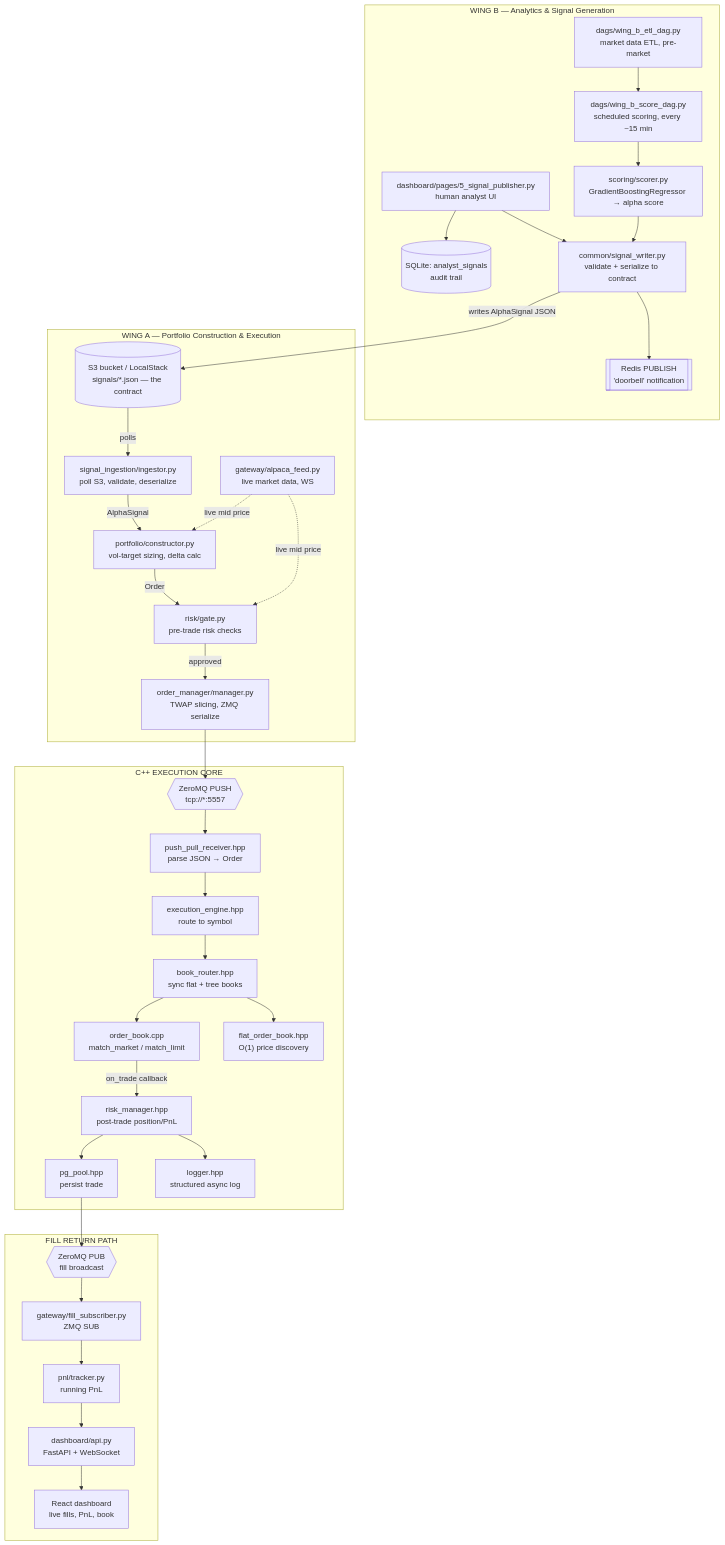
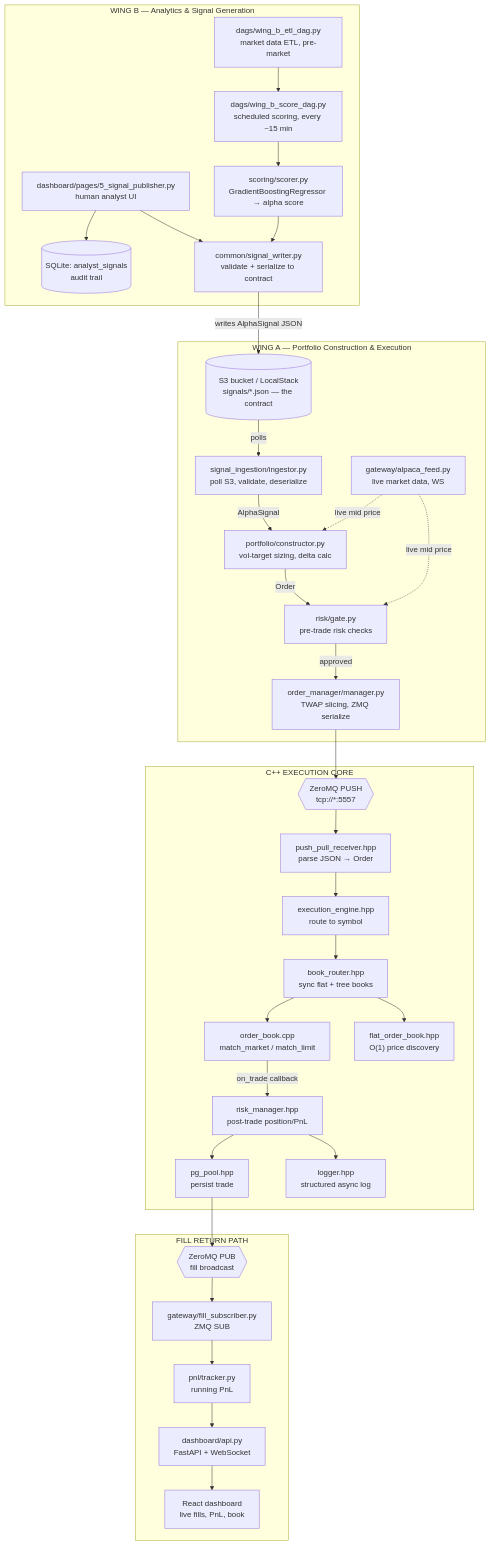
One commit to Hanzecode/Dualis changed the diagram in README.md. Above: the diagram before and after it, drawn with Mermaid.

Commit message:
Remove WRITER to REDIS connection in README
Removed the connection from WRITER to REDIS in the architecture diagram.

````diff
--- a/README.md
+++ b/README.md
@@ -40,70 +40,68 @@
 ```mermaid
 graph TD
     subgraph WingB["WING B — Analytics & Signal Generation"]
         ETL["dags/wing_b_etl_dag.py<br/>market data ETL, pre-market"]
         SCOREDAG["dags/wing_b_score_dag.py<br/>scheduled scoring, every ~15 min"]
         SCORER["scoring/scorer.py<br/>GradientBoostingRegressor → alpha score"]
         ANALYST["dashboard/pages/5_signal_publisher.py<br/>human analyst UI"]
         PGSIG[("SQLite: analyst_signals<br/>audit trail")]
         WRITER["common/signal_writer.py<br/>validate + serialize to contract"]
-        REDIS[["Redis PUBLISH<br/>'doorbell' notification"]]
 
         ETL --> SCOREDAG
         SCOREDAG --> SCORER
         SCORER --> WRITER
         ANALYST --> PGSIG
         ANALYST --> WRITER
-        WRITER --> REDIS
     end
 
     S3[("S3 bucket / LocalStack<br/>signals/*.json — the contract")]
     WRITER -- "writes AlphaSignal JSON" --> S3
 
     subgraph WingA["WING A — Portfolio Construction & Execution"]
         INGEST["signal_ingestion/ingestor.py<br/>poll S3, validate, deserialize"]
         CONSTRUCT["portfolio/constructor.py<br/>vol-target sizing, delta calc"]
         RISK["risk/gate.py<br/>pre-trade risk checks"]
         OM["order_manager/manager.py<br/>TWAP slicing, ZMQ serialize"]
         ALPACA["gateway/alpaca_feed.py<br/>live market data, WS"]
 
         S3 -- "polls" --> INGEST
         ALPACA -. "live mid price" .-> CONSTRUCT
         ALPACA -. "live mid price" .-> RISK
         INGEST -- "AlphaSignal" --> CONSTRUCT
         CONSTRUCT -- "Order" --> RISK
         RISK -- "approved" --> OM
     end
 
     ZMQPUSH{{"ZeroMQ PUSH<br/>tcp://*:5557"}}
     OM --> ZMQPUSH
 
     subgraph CppCore["C++ EXECUTION CORE"]
         RECV["push_pull_receiver.hpp<br/>parse JSON → Order"]
         ENGINE["execution_engine.hpp<br/>route to symbol"]
         ROUTER["book_router.hpp<br/>sync flat + tree books"]
         BOOK["order_book.cpp<br/>match_market / match_limit"]
         FLAT["flat_order_book.hpp<br/>O(1) price discovery"]
         RM["risk_manager.hpp<br/>post-trade position/PnL"]
         PG["pg_pool.hpp<br/>persist trade"]
         LOG["logger.hpp<br/>structured async log"]
 
         ZMQPUSH --> RECV --> ENGINE --> ROUTER
         ROUTER --> BOOK
         ROUTER --> FLAT
         BOOK -- "on_trade callback" --> RM
         RM --> PG
         RM --> LOG
     end
 
     ZMQPUB{{"ZeroMQ PUB<br/>fill broadcast"}}
     PG --> ZMQPUB
 
     subgraph Return["FILL RETURN PATH"]
         FILLSUB["gateway/fill_subscriber.py<br/>ZMQ SUB"]
         PNL["pnl/tracker.py<br/>running PnL"]
         API["dashboard/api.py<br/>FastAPI + WebSocket"]
         REACT["React dashboard<br/>live fills, PnL, book"]
 
         ZMQPUB --> FILLSUB --> PNL --> API --> REACT
     end
 ```
````
